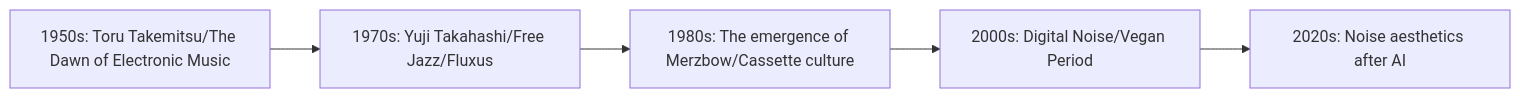
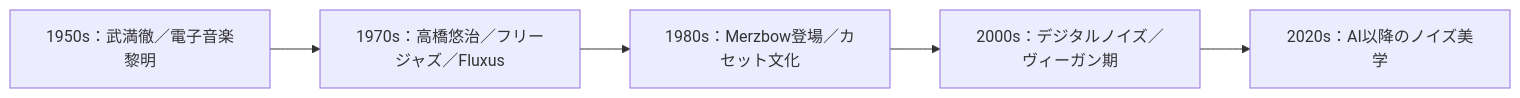
One commit to monumental-movement/monumental-movement.github.io changed the third of 4 diagrams in en/_posts/2025-10-26-column-merzbow.md. Above: the diagram before and after it, drawn with Mermaid. The commit also changed other lines of this file and 2196 other files, not shown here.

```diff
--- a/en/_posts/2025-10-26-column-merzbow.md
+++ b/en/_posts/2025-10-26-column-merzbow.md
@@ -153,13 +153,13 @@
 <div class="mermaid">
 
 flowchart LR
 
-    T1["1950s: Toru Takemitsu/The Dawn of Electronic Music"]
-    T2["1970s: Yuji Takahashi/Free Jazz/Fluxus"]
-    T3["1980s: The emergence of Merzbow/Cassette culture"]
-    T4["2000s: Digital Noise/Vegan Period"]
-    T5["2020s: Noise aesthetics after AI"]
+    T1["1950s：武満徹／電子音楽黎明"]
+    T2["1970s：高橋悠治／フリージャズ／Fluxus"]
+    T3["1980s：Merzbow登場／カセット文化"]
+    T4["2000s：デジタルノイズ／ヴィーガン期"]
+    T5["2020s：AI以降のノイズ美学"]
 
     T1 --> T2 --> T3 --> T4 --> T5
 
 </div>
```
